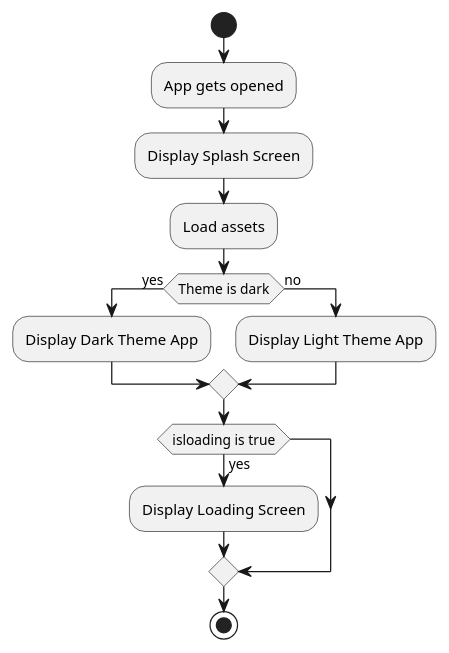
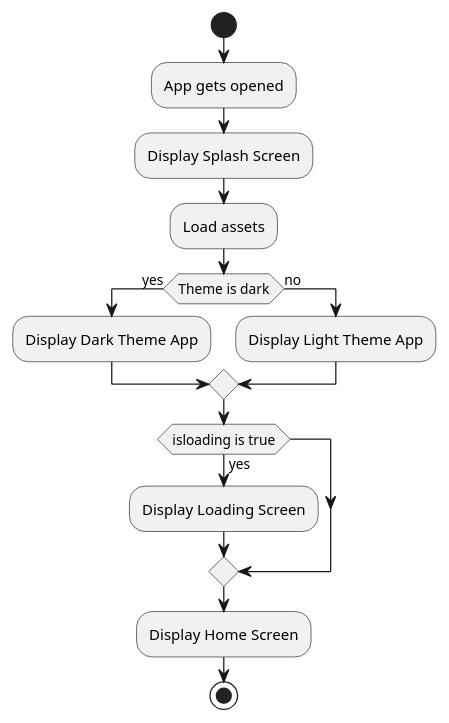
Before and after one commit to Windesheim-AI/UML-diagrams: the diagram in tdd/startup-phase-flow.puml, drawn with PlantUML.

Commit message:
refactor: :recycle: added "Display Home Screen" as a final activity in flow diagram

```diff
--- a/tdd/startup-phase-flow.puml
+++ b/tdd/startup-phase-flow.puml
@@ -1,18 +1,19 @@
 @startuml ActivityStartUpPhase
 start
 :App gets opened;
 :Display Splash Screen;
 :Load assets;
 
 if (Theme is dark) then (yes)
     :Display Dark Theme App;
 else (no)
     :Display Light Theme App;
 endif
 
 if (isloading is true) then (yes)
     :Display Loading Screen;
 endif
 
+:Display Home Screen;
 stop
 @enduml
```
